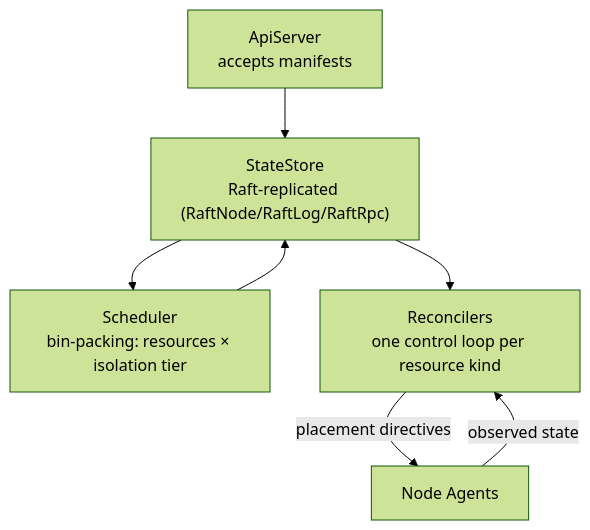
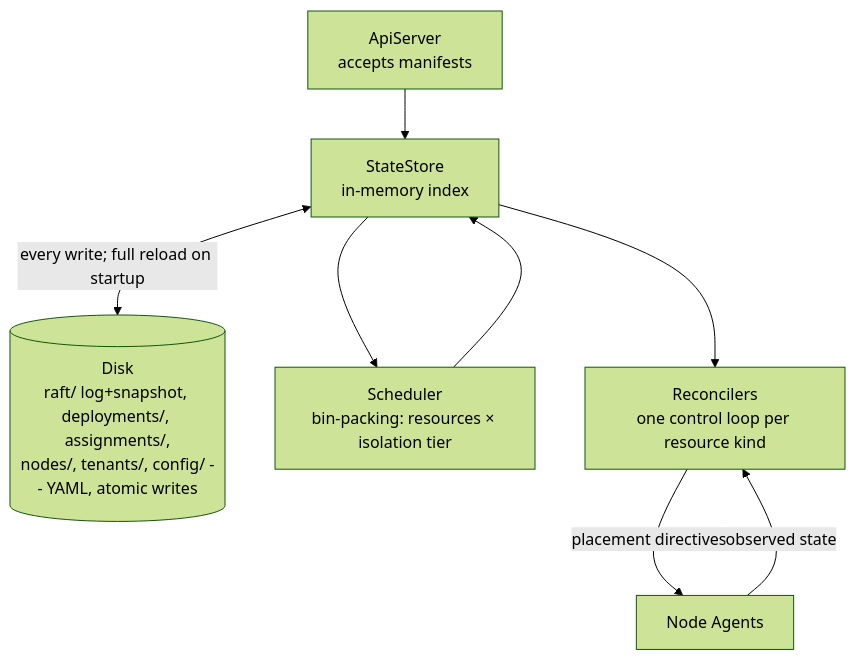
The diagram in gimle-docs/docs/architecture/control-plane.md (ghiloufibg/gimle), drawn with Mermaid (forest theme) before and after one commit. The commit also changed other lines of this file, not shown here.

First line of the commit message:
feat(docs): document state store persistence and restart recovery

````diff
--- a/gimle-docs/docs/architecture/control-plane.md
+++ b/gimle-docs/docs/architecture/control-plane.md
@@ -11,13 +11,15 @@
 ```mermaid
 graph TD
     Api["ApiServer<br/>accepts manifests"]
-    Store["StateStore<br/>Raft-replicated (RaftNode/RaftLog/RaftRpc)"]
+    Store["StateStore<br/>in-memory index"]
+    Disk[("Disk<br/>raft/ log+snapshot, deployments/, assignments/,<br/>nodes/, tenants/, config/ -- YAML, atomic writes")]
     Sched["Scheduler<br/>bin-packing: resources × isolation tier"]
     Recon["Reconcilers<br/>one control loop per resource kind"]
     Api --> Store
+    Store <-->|every write; full reload on startup| Disk
     Store --> Sched
     Sched --> Store
     Store --> Recon
     Recon -->|placement directives| Agents["Node Agents"]
     Agents -->|observed state| Recon
 ```
````
